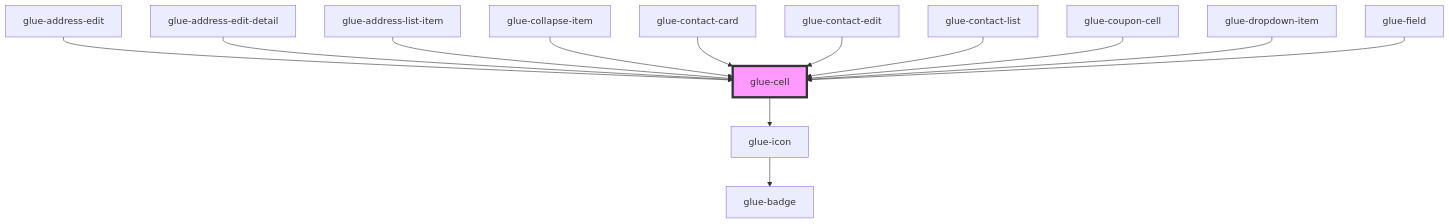
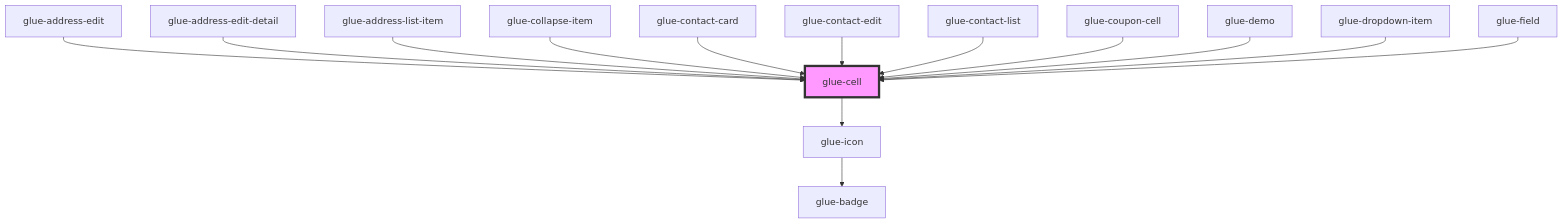
Before and after one commit to grasilife/glue: the diagram in packages/glue-components/src/components/glue-cell/readme.md, drawn with Mermaid. The commit also changed other lines of this file and 69 other files, not shown here.

````diff
--- a/packages/glue-components/src/components/glue-cell/readme.md
+++ b/packages/glue-components/src/components/glue-cell/readme.md
@@ -57,16 +53,17 @@
 ```mermaid
 graph TD;
   glue-cell --> glue-icon
   glue-icon --> glue-badge
   glue-address-edit --> glue-cell
   glue-address-edit-detail --> glue-cell
   glue-address-list-item --> glue-cell
   glue-collapse-item --> glue-cell
   glue-contact-card --> glue-cell
   glue-contact-edit --> glue-cell
   glue-contact-list --> glue-cell
   glue-coupon-cell --> glue-cell
+  glue-demo --> glue-cell
   glue-dropdown-item --> glue-cell
   glue-field --> glue-cell
   style glue-cell fill:#f9f,stroke:#333,stroke-width:4px
 ```
````
